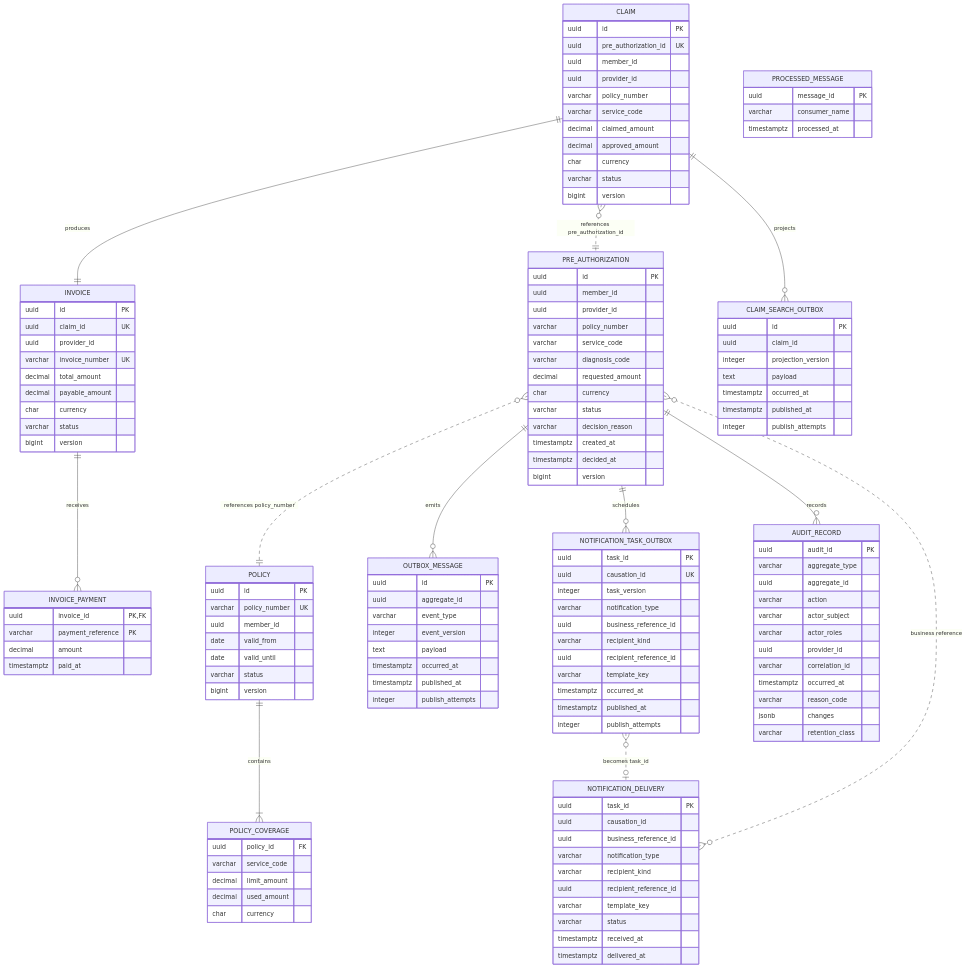
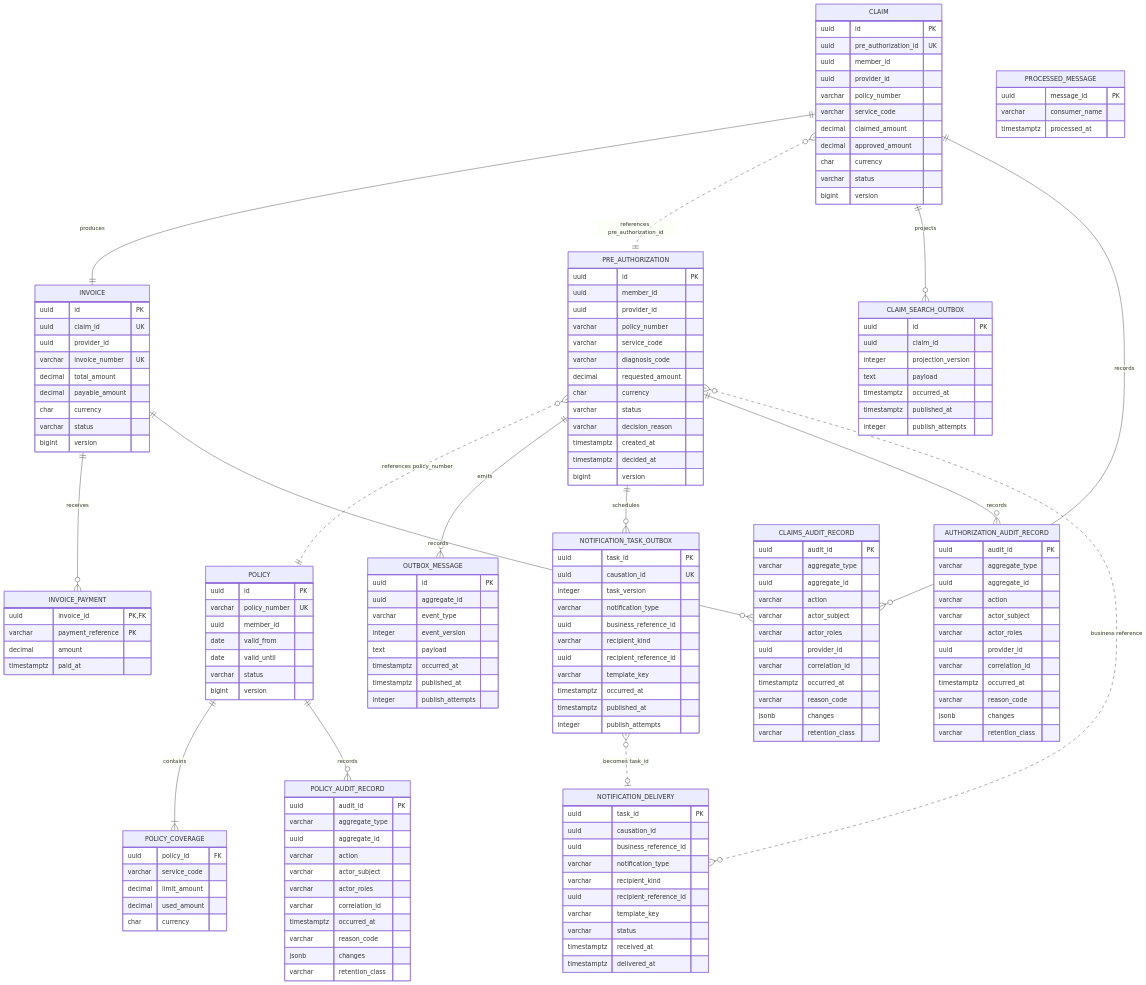
One commit to aydindemir1/health-insurance-platform changed the diagram in docs/architecture/data-model.md. Above: the diagram before and after it, drawn with Mermaid. The commit also changed other lines of this file and 12 other files, not shown here.

````diff
--- a/docs/architecture/data-model.md
+++ b/docs/architecture/data-model.md
@@ -6,6 +6,7 @@
 ```mermaid
 erDiagram
     POLICY ||--|{ POLICY_COVERAGE : contains
+    POLICY ||--o{ POLICY_AUDIT_RECORD : records
     PRE_AUTHORIZATION }o..|| POLICY : "references policy_number"
     CLAIM ||--|| INVOICE : produces
     INVOICE ||--o{ INVOICE_PAYMENT : receives
@@ -13,7 +14,9 @@
     CLAIM ||--o{ CLAIM_SEARCH_OUTBOX : projects
     PRE_AUTHORIZATION ||--o{ OUTBOX_MESSAGE : emits
     PRE_AUTHORIZATION ||--o{ NOTIFICATION_TASK_OUTBOX : schedules
-    PRE_AUTHORIZATION ||--o{ AUDIT_RECORD : records
+    PRE_AUTHORIZATION ||--o{ AUTHORIZATION_AUDIT_RECORD : records
+    CLAIM ||--o{ CLAIMS_AUDIT_RECORD : records
+    INVOICE ||--o{ CLAIMS_AUDIT_RECORD : records
     NOTIFICATION_TASK_OUTBOX }o..o| NOTIFICATION_DELIVERY : "becomes task_id"
     PRE_AUTHORIZATION }o..o{ NOTIFICATION_DELIVERY : "business reference"
 
@@ -101,7 +104,34 @@
         timestamptz published_at
         integer publish_attempts
     }
-    AUDIT_RECORD {
+    AUTHORIZATION_AUDIT_RECORD {
+        uuid audit_id PK
+        varchar aggregate_type
+        uuid aggregate_id
+        varchar action
+        varchar actor_subject
+        varchar actor_roles
+        uuid provider_id
+        varchar correlation_id
+        timestamptz occurred_at
+        varchar reason_code
+        jsonb changes
+        varchar retention_class
+    }
+    POLICY_AUDIT_RECORD {
+        uuid audit_id PK
+        varchar aggregate_type
+        uuid aggregate_id
+        varchar action
+        varchar actor_subject
+        varchar actor_roles
+        varchar correlation_id
+        timestamptz occurred_at
+        varchar reason_code
+        jsonb changes
+        varchar retention_class
+    }
+    CLAIMS_AUDIT_RECORD {
         uuid audit_id PK
         varchar aggregate_type
         uuid aggregate_id
````
